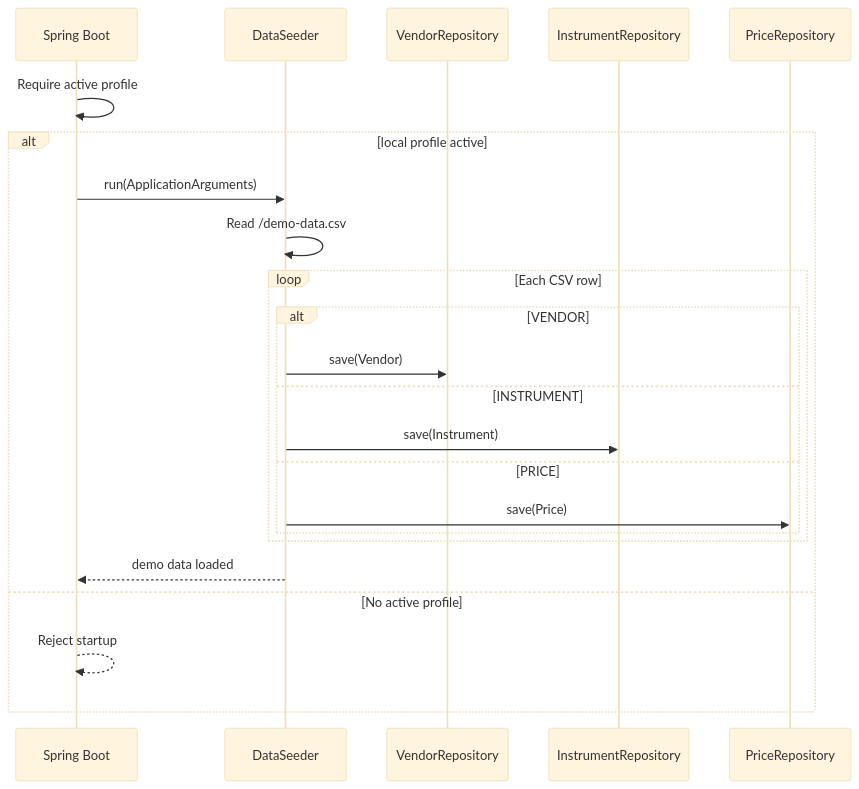
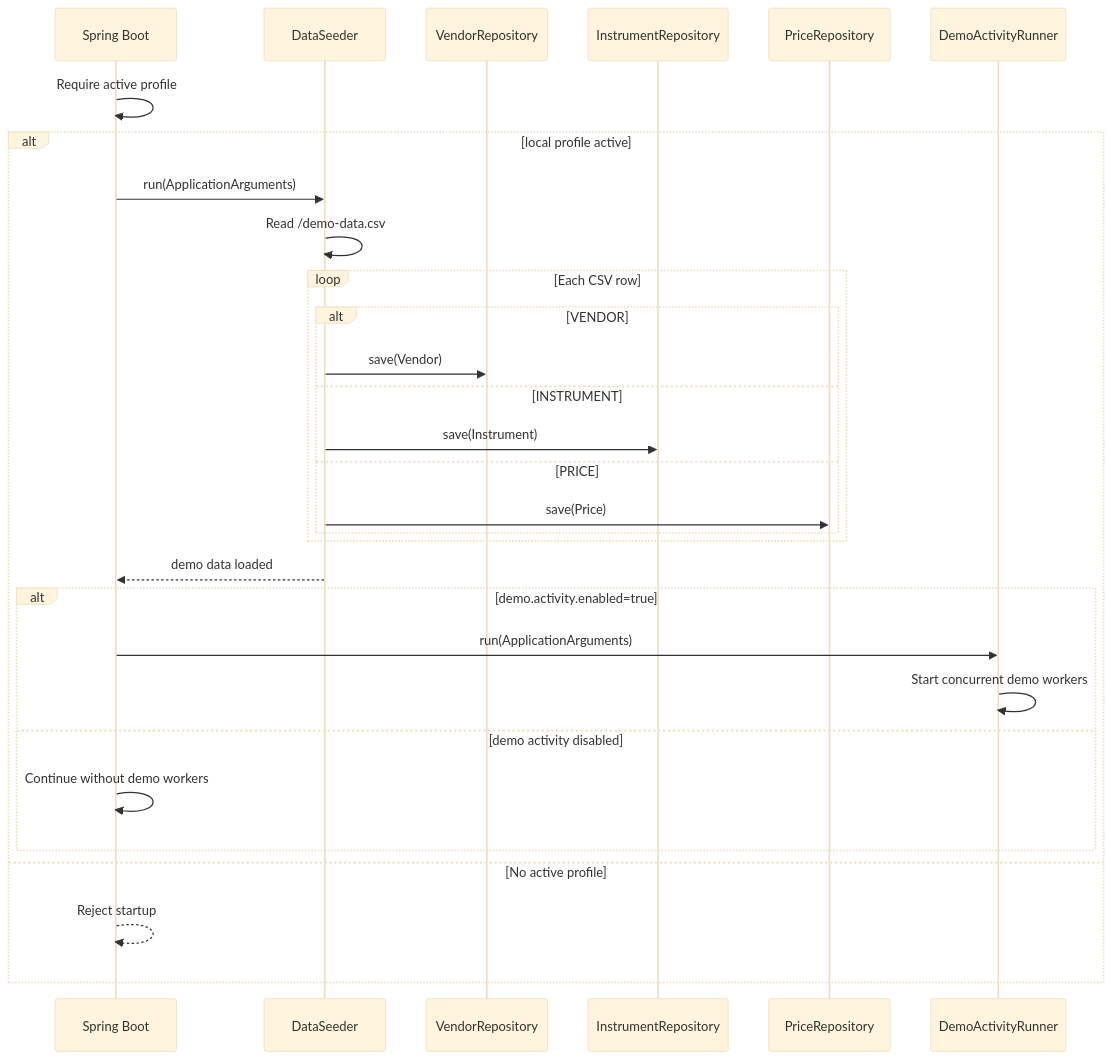
Before and after one commit to slamsoft-co-uk/MarketPriceHub: the ninth of 9 diagrams in docs/System Design.md, drawn with Mermaid (base theme). The commit also changed other lines of this file and 28 other files, not shown here.

````diff
--- a/docs/System Design.md
+++ b/docs/System Design.md
@@ -290,27 +325,34 @@
 ```mermaid
 sequenceDiagram
     participant Spring as Spring Boot
     participant Seeder as DataSeeder
     participant Vendors as VendorRepository
     participant Instruments as InstrumentRepository
     participant Prices as PriceRepository
+    participant Demo as DemoActivityRunner
 
     Spring->>Spring: Require active profile
 
     alt local profile active
         Spring->>Seeder: run(ApplicationArguments)
         Seeder->>Seeder: Read /demo-data.csv
         loop Each CSV row
             alt VENDOR
                 Seeder->>Vendors: save(Vendor)
             else INSTRUMENT
                 Seeder->>Instruments: save(Instrument)
             else PRICE
                 Seeder->>Prices: save(Price)
             end
         end
         Seeder-->>Spring: demo data loaded
+        alt demo.activity.enabled=true
+            Spring->>Demo: run(ApplicationArguments)
+            Demo->>Demo: Start concurrent demo workers
+        else demo activity disabled
+            Spring->>Spring: Continue without demo workers
+        end
     else No active profile
         Spring-->>Spring: Reject startup
     end
 ```
````
